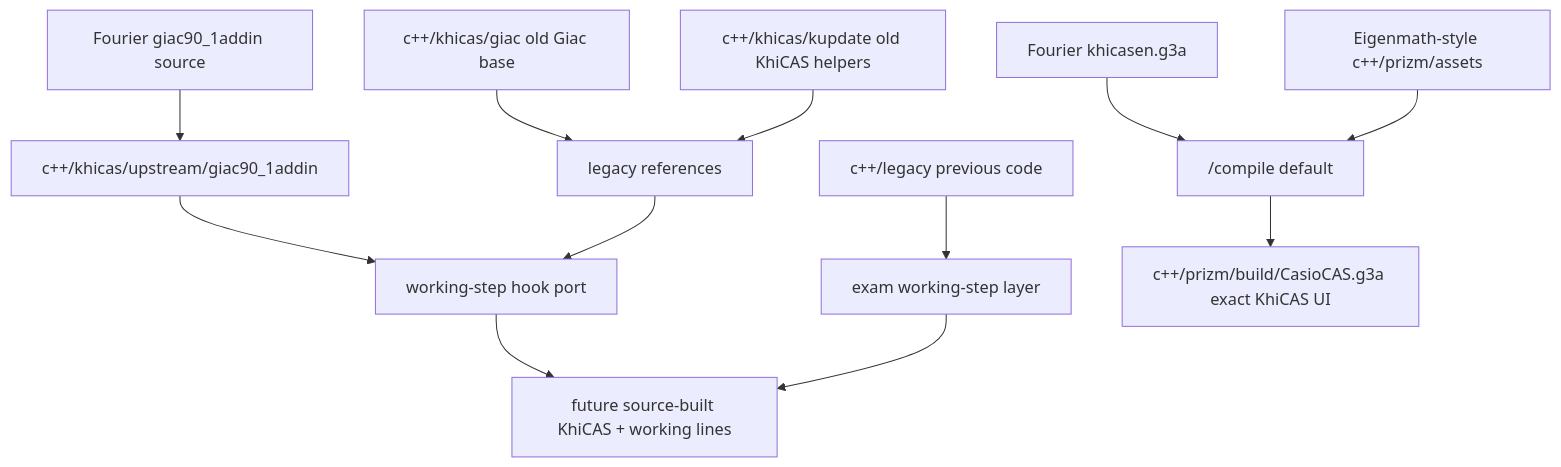
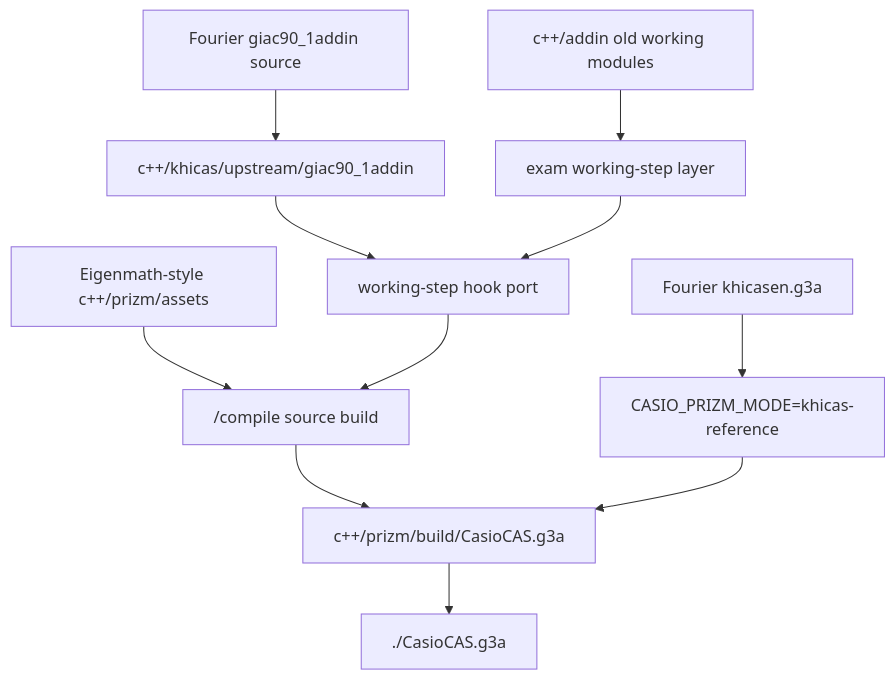
One commit to james8464/notes-addin-casio-fx-cg50 changed the first of 6 diagrams in c++/GRAPH.md. Above: the diagram before and after it, drawn with Mermaid. The commit also changed 1402 other files, not shown here.

````diff
--- a/c++/GRAPH.md
+++ b/c++/GRAPH.md
@@ -3,14 +3,13 @@
 ```mermaid
 graph TD
   Up["Fourier giac90_1addin source"] --> Exact["c++/khicas/upstream/giac90_1addin"]
-  Ref["Fourier khicasen.g3a"] --> Build["/compile default"]
+  Ref["Fourier khicasen.g3a"] --> RefMode["CASIO_PRIZM_MODE=khicas-reference"]
   Icons["Eigenmath-style c++/prizm/assets"] --> Build
   Exact --> Port["working-step hook port"]
-  KH["c++/khicas/giac old Giac base"] --> OldRefs["legacy references"]
-  KU["c++/khicas/kupdate old KhiCAS helpers"] --> OldRefs
-  OldRefs --> Port
-  Legacy["c++/legacy previous code"] --> WorkSteps["exam working-step layer"]
-  Build --> G3A["c++/prizm/build/CasioCAS.g3a exact KhiCAS UI"]
-  Port --> Future["future source-built KhiCAS + working lines"]
-  WorkSteps --> Future
+  Active["c++/addin old working modules"] --> WorkSteps["exam working-step layer"]
+  WorkSteps --> Port
+  Port --> Build["/compile source build"]
+  Build --> G3A["c++/prizm/build/CasioCAS.g3a"]
+  G3A --> Root["./CasioCAS.g3a"]
+  RefMode --> G3A
 ```
````
